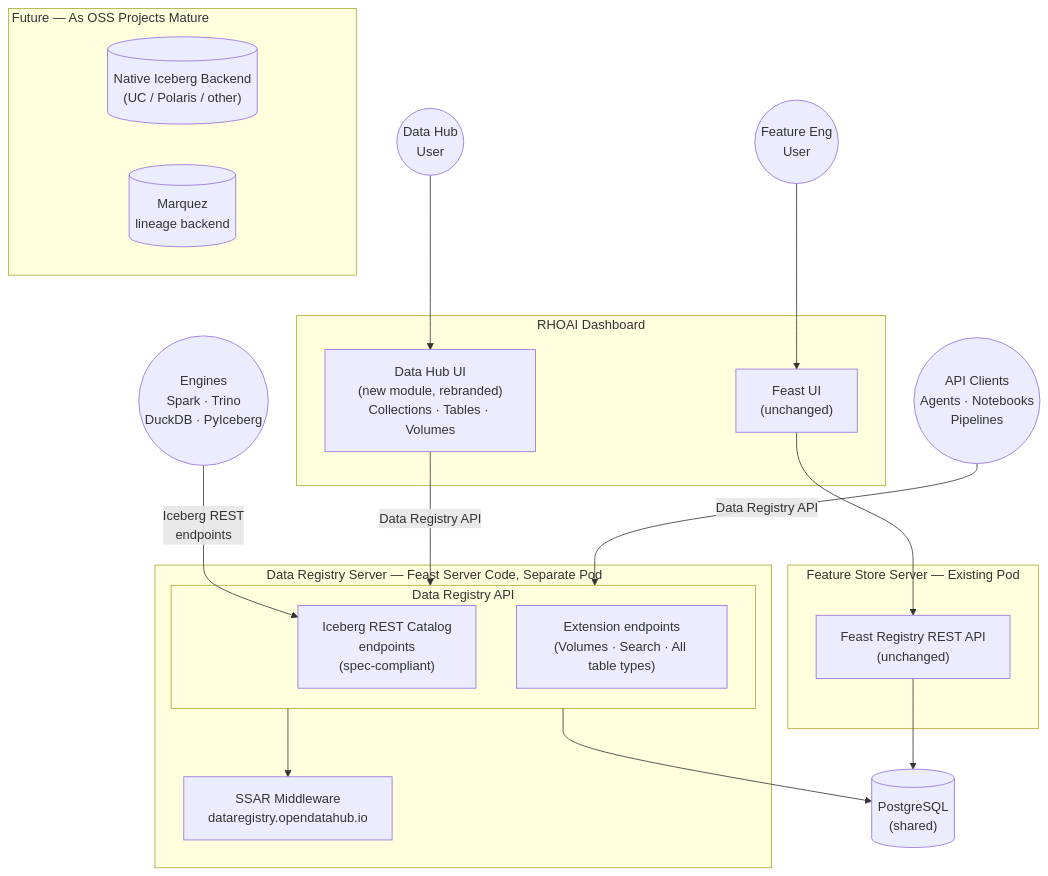
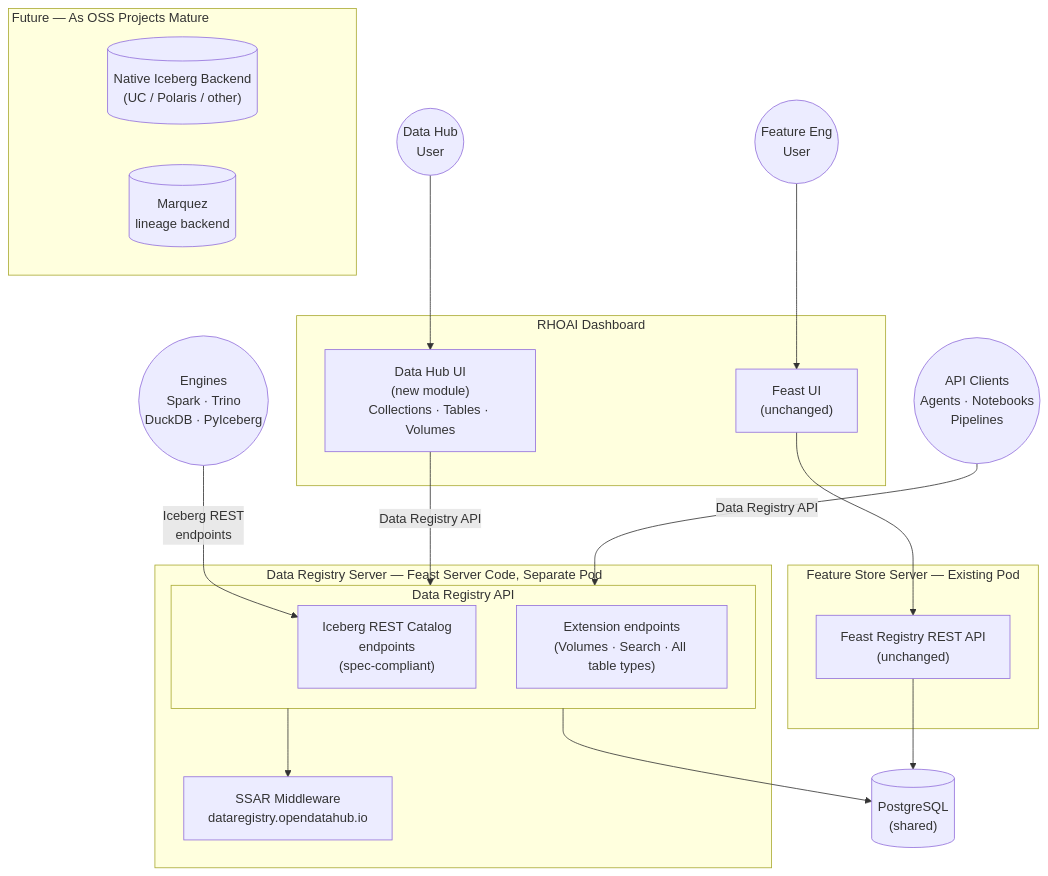
One commit to opendatahub-io/architecture-decision-records changed the diagram in architecture-decision-records/data-registry/ODH-ADR-DR-0001-data-catalog-and-registry.md. Above: the diagram before and after it, drawn with Mermaid.

Commit message:
ADR-0001: remove rebranded from diagram

````diff
--- a/architecture-decision-records/data-registry/ODH-ADR-DR-0001-data-catalog-and-registry.md
+++ b/architecture-decision-records/data-registry/ODH-ADR-DR-0001-data-catalog-and-registry.md
@@ -63,39 +63,39 @@
 ```mermaid
 flowchart TD
     FEUser((Feature Eng<br/>User)) --> FeastUI
     CatUser((Data Hub<br/>User)) --> DataHubUI
     API((API Clients<br/>Agents · Notebooks<br/>Pipelines))
     Engines((Engines<br/>Spark · Trino<br/>DuckDB · PyIceberg))
 
     subgraph dashboard["RHOAI Dashboard"]
         FeastUI["Feast UI<br/>(unchanged)"]
-        DataHubUI["Data Hub UI<br/>(new module, rebranded)<br/>Collections · Tables · Volumes"]
+        DataHubUI["Data Hub UI<br/>(new module)<br/>Collections · Tables · Volumes"]
     end
 
     subgraph registry["Data Registry Server — Feast Server Code, Separate Pod&nbsp;&nbsp;&nbsp;&nbsp;&nbsp;&nbsp;&nbsp;&nbsp;&nbsp;&nbsp;&nbsp;&nbsp;&nbsp;&nbsp;&nbsp;&nbsp;"]
         subgraph registryapi["Data Registry API"]
             IcebergEndpoints["Iceberg REST Catalog<br/>endpoints<br/>(spec-compliant)"]
             Extensions["Extension endpoints<br/>(Volumes · Search · All table types)"]
         end
         SSAR["SSAR Middleware<br/>dataregistry.opendatahub.io"]
         registryapi --> SSAR
     end
 
     subgraph feast["Feature Store Server — Existing Pod"]
         FeastAPI["Feast Registry REST API<br/>(unchanged)"]
     end
 
     DB[("PostgreSQL<br/>(shared)")]
     registryapi --> DB
     FeastAPI --> DB
 
     FeastUI --> FeastAPI
     DataHubUI -- "Data Registry API" --> registryapi
     API -- "Data Registry API" --> registryapi
     Engines -- "Iceberg REST<br/>endpoints" --> IcebergEndpoints
 
     subgraph future["Future — As OSS Projects Mature&nbsp;&nbsp;&nbsp;&nbsp;&nbsp;&nbsp;&nbsp;&nbsp;&nbsp;&nbsp;&nbsp;&nbsp;&nbsp;&nbsp;&nbsp;&nbsp;&nbsp;&nbsp;&nbsp;&nbsp;&nbsp;&nbsp;&nbsp;&nbsp;&nbsp;&nbsp;&nbsp;&nbsp;&nbsp;&nbsp;&nbsp;&nbsp;&nbsp;&nbsp;&nbsp;&nbsp;&nbsp;&nbsp;&nbsp;&nbsp;"]
         UC[("Native Iceberg Backend<br/>(UC / Polaris / other)")]
         Marquez[("Marquez<br/>lineage backend")]
     end
 ```
````
